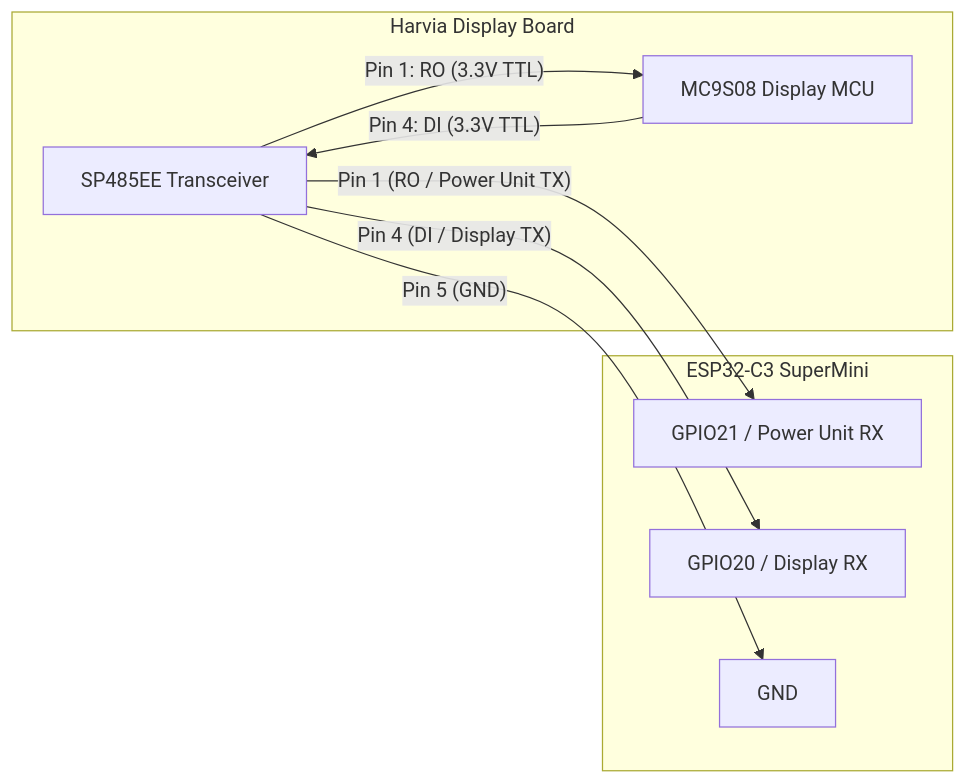
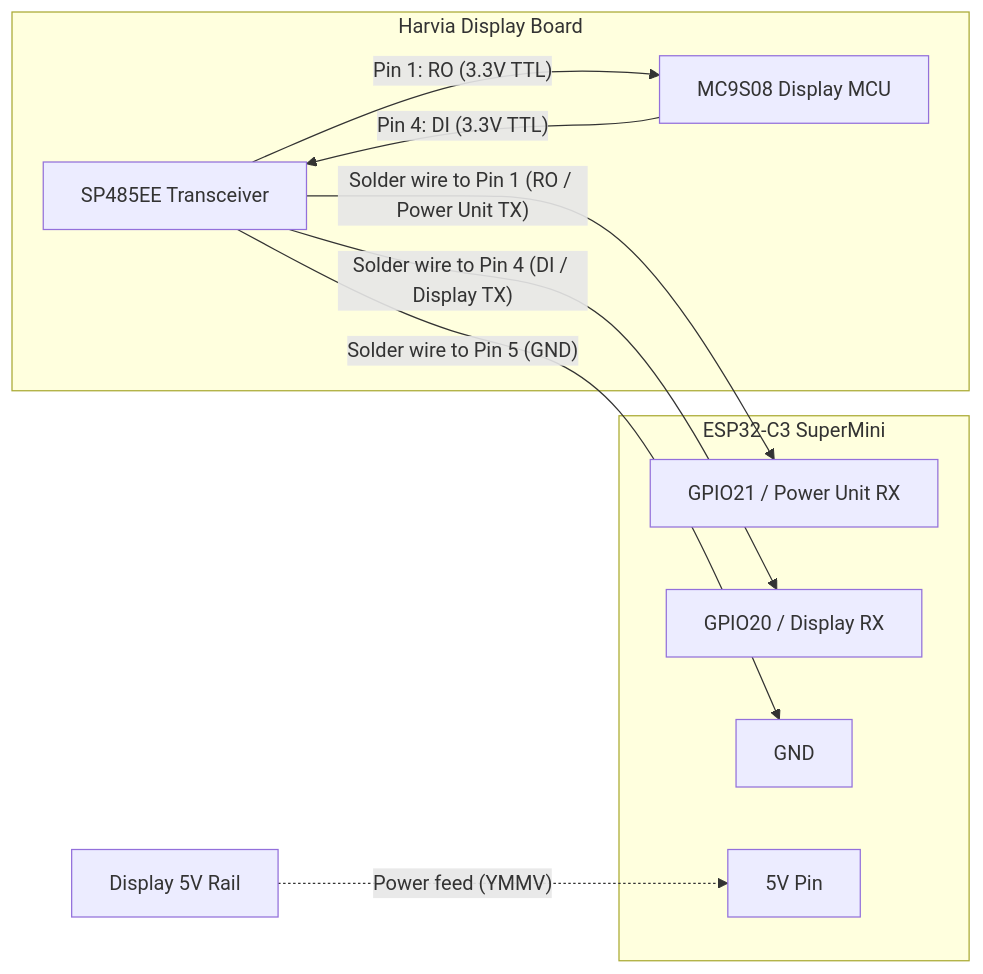
Before and after one commit to Nornode/ESPhome-Harvia-Griffin-CG170: the diagram in README.md, drawn with Mermaid. The commit also changed other lines of this file, not shown here.

Commit message:
docs: clarify SMD soldering on SP485EE, 5V rail powering (YMMV), and hardware test scope disclaimer

````diff
--- a/README.md
+++ b/README.md
@@ -124,19 +129,21 @@
 ```mermaid
 flowchart LR
     subgraph Harvia Display Board
         SP[SP485EE Transceiver]
         MCU[MC9S08 Display MCU]
         SP -- Pin 1: RO (3.3V TTL) --> MCU
         MCU -- Pin 4: DI (3.3V TTL) --> SP
     end
 
     subgraph ESP32-C3 SuperMini
         G21[GPIO21 / Power Unit RX]
         G20[GPIO20 / Display RX]
         GND[GND]
+        V5[5V Pin]
     end
 
-    SP -- "Pin 1 (RO / Power Unit TX)" --> G21
-    SP -- "Pin 4 (DI / Display TX)" --> G20
-    SP -- "Pin 5 (GND)" --> GND
+    SP -- "Solder wire to Pin 1 (RO / Power Unit TX)" --> G21
+    SP -- "Solder wire to Pin 4 (DI / Display TX)" --> G20
+    SP -- "Solder wire to Pin 5 (GND)" --> GND
+    PWR[Display 5V Rail] -. "Power feed (YMMV)" .-> V5
 ```
````
